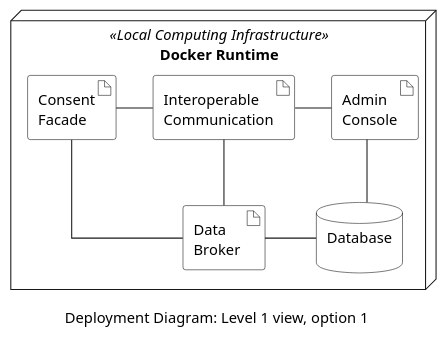
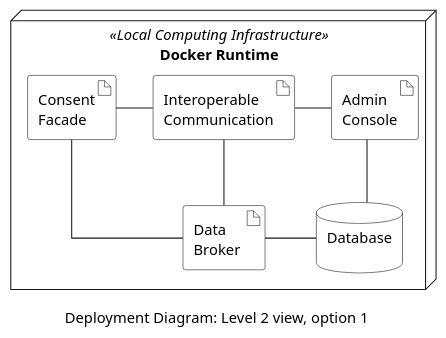
Before and after one commit to eddie-energy/architecture: the diagram in arc42/07-deployment-view/figures/deployment-diagram-option-1.puml, drawn with PlantUML. The commit also changed 48 other files, not shown here.

```diff
--- a/arc42/07-deployment-view/figures/deployment-diagram-option-1.puml
+++ b/arc42/07-deployment-view/figures/deployment-diagram-option-1.puml
@@ -1,42 +1,42 @@
 @startuml deployment-diagram-option-1
 'deployment diagram
-caption Deployment Diagram: Level 1 view, option 1
+caption Deployment Diagram: Level 2 view, option 1
 
 skinparam linetype ortho
 skinparam interface {
   backgroundColor transparent
   borderColor black
 }
 skinparam artifact{
   BorderColor black
   BackgroundColor transparent
 }
 skinparam actor{
   BorderColor black
   BackgroundColor transparent
 }
 skinparam database{
   BorderColor black
   BackgroundColor transparent
 }
 skinparam rectangle{
   BorderColor transparent
   BackgroundColor transparent
   FontColor transparent
 }
 
   node "Docker Runtime" <<Local Computing Infrastructure>> as local {    
     artifact "Consent\nFacade" as consentFacade
     artifact "Interoperable\nCommunication" as comm
     artifact "Admin\nConsole" as adminConsole
     artifact "Data\nBroker " as broker
     database "Database\n" as database
   }
   consentFacade -right- comm
   adminConsole -left- comm
   consentFacade -down- broker
   database -left- broker
   comm -down- broker
   adminConsole -down- database
   
 @enduml
```
